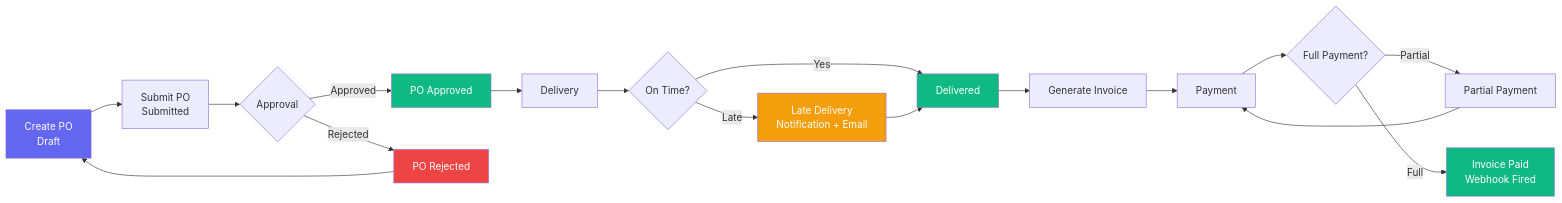
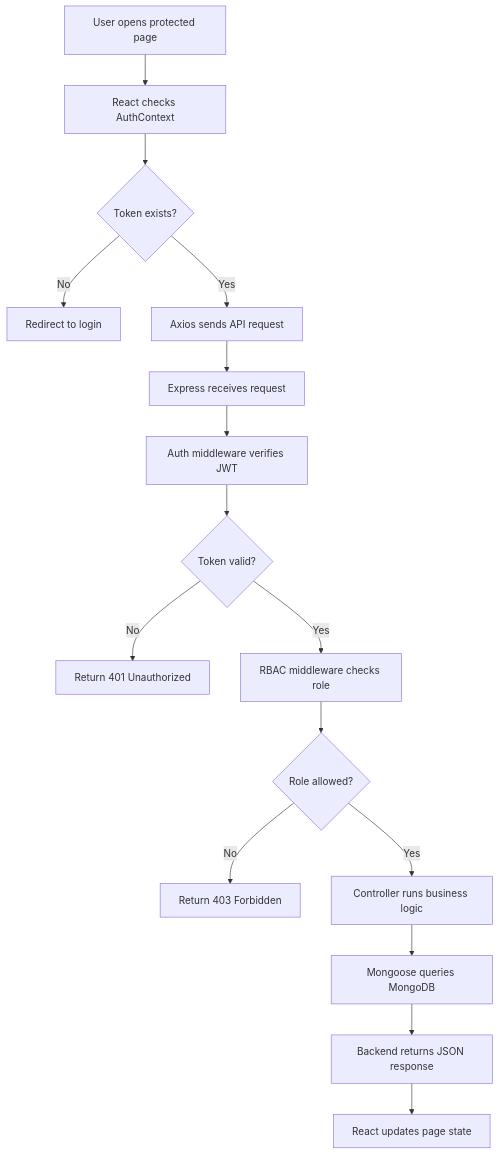
Before and after one commit to uday2327/-Vendor-Purchase-Order-Manager-Enterprise-SaaS-Platform: the second of 3 diagrams in SYSTEM_DESIGN.md, drawn with Mermaid. The commit also changed other lines of this file and 3 other files, not shown here.

````diff
--- a/SYSTEM_DESIGN.md
+++ b/SYSTEM_DESIGN.md
@@ -260,26 +52,18 @@
 ```mermaid
-graph LR
-    A[Create PO<br/>Draft] --> B[Submit PO<br/>Submitted]
-    B --> C{Approval}
-    C -->|Approved| D[PO Approved]
-    C -->|Rejected| E[PO Rejected]
-    E --> A
-    D --> F[Delivery]
-    F --> G{On Time?}
-    G -->|Yes| H[Delivered]
-    G -->|Late| I[Late Delivery<br/>Notification + Email]
-    I --> H
-    H --> J[Generate Invoice]
-    J --> K[Payment]
-    K --> L{Full Payment?}
-    L -->|Partial| M[Partial Payment]
-    M --> K
-    L -->|Full| N[Invoice Paid<br/>Webhook Fired]
-
-    style A fill:#6366f1,color:#fff
-    style D fill:#10b981,color:#fff
-    style E fill:#ef4444,color:#fff
-    style H fill:#10b981,color:#fff
-    style N fill:#10b981,color:#fff
-    style I fill:#f59e0b,color:#fff
+flowchart TD
+    A[User opens protected page] --> B[React checks AuthContext]
+    B --> C{Token exists?}
+    C -->|No| D[Redirect to login]
+    C -->|Yes| E[Axios sends API request]
+    E --> F[Express receives request]
+    F --> G[Auth middleware verifies JWT]
+    G --> H{Token valid?}
+    H -->|No| I[Return 401 Unauthorized]
+    H -->|Yes| J[RBAC middleware checks role]
+    J --> K{Role allowed?}
+    K -->|No| L[Return 403 Forbidden]
+    K -->|Yes| M[Controller runs business logic]
+    M --> N[Mongoose queries MongoDB]
+    N --> O[Backend returns JSON response]
+    O --> P[React updates page state]
 ```
````
